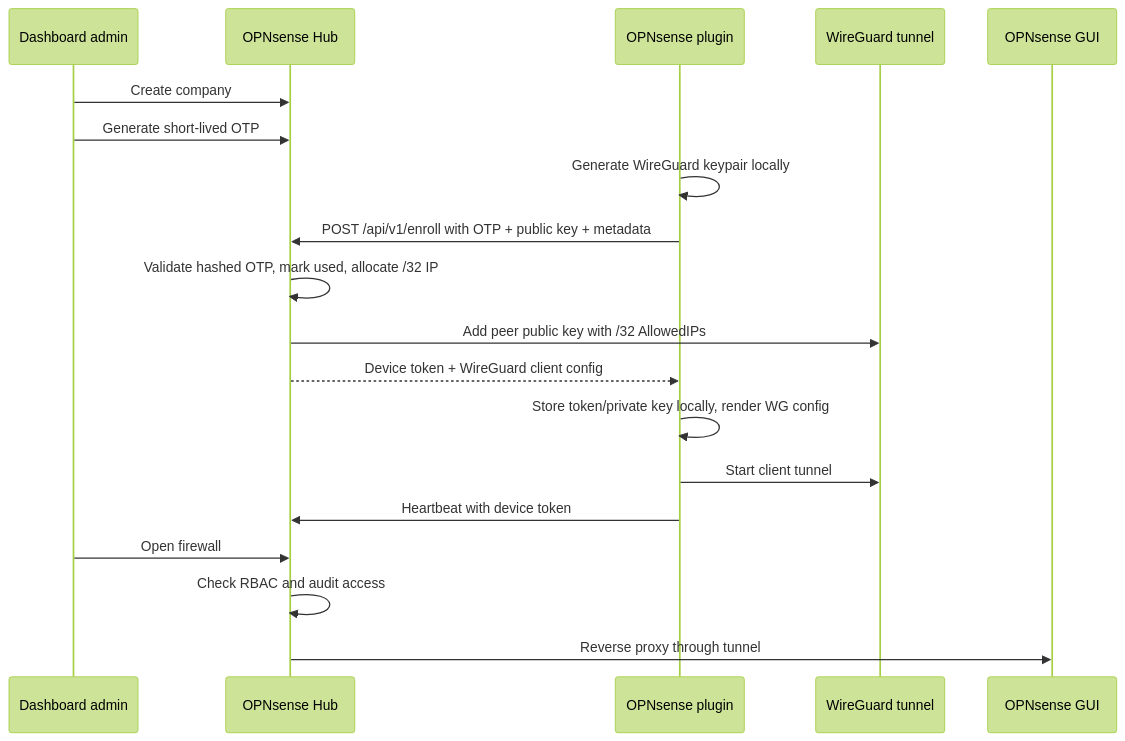
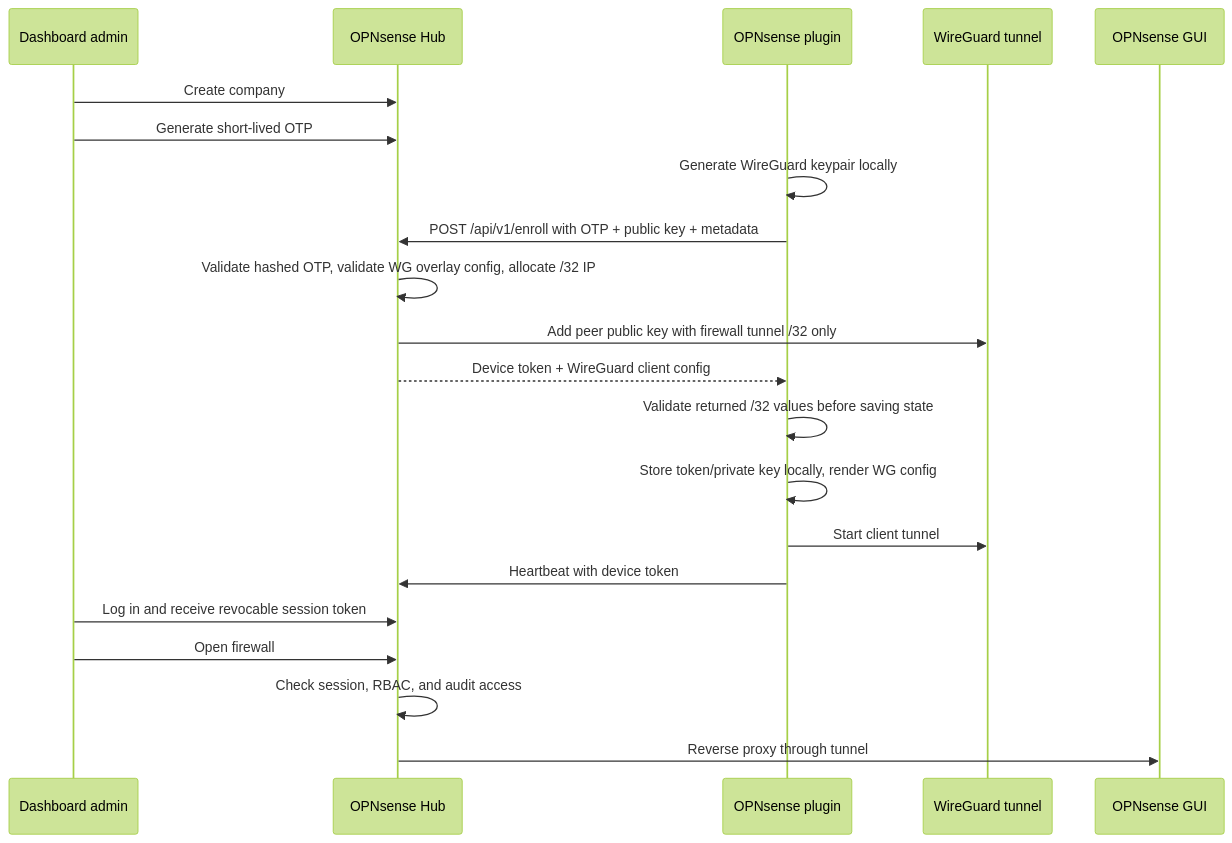
Before and after one commit to albercuba/OPNsense-Hub: the diagram in docs/architecture.md, drawn with Mermaid (forest theme). The commit also changed other lines of this file and 23 other files, not shown here.

````diff
--- a/docs/architecture.md
+++ b/docs/architecture.md
@@ -12,22 +12,24 @@
 ```mermaid
 sequenceDiagram
     participant Admin as Dashboard admin
     participant Hub as OPNsense Hub
     participant Plugin as OPNsense plugin
     participant WG as WireGuard tunnel
     participant FW as OPNsense GUI
 
     Admin->>Hub: Create company
     Admin->>Hub: Generate short-lived OTP
     Plugin->>Plugin: Generate WireGuard keypair locally
     Plugin->>Hub: POST /api/v1/enroll with OTP + public key + metadata
-    Hub->>Hub: Validate hashed OTP, mark used, allocate /32 IP
-    Hub->>WG: Add peer public key with /32 AllowedIPs
+    Hub->>Hub: Validate hashed OTP, validate WG overlay config, allocate /32 IP
+    Hub->>WG: Add peer public key with firewall tunnel /32 only
     Hub-->>Plugin: Device token + WireGuard client config
+    Plugin->>Plugin: Validate returned /32 values before saving state
     Plugin->>Plugin: Store token/private key locally, render WG config
     Plugin->>WG: Start client tunnel
     Plugin->>Hub: Heartbeat with device token
+    Admin->>Hub: Log in and receive revocable session token
     Admin->>Hub: Open firewall
-    Hub->>Hub: Check RBAC and audit access
+    Hub->>Hub: Check session, RBAC, and audit access
     Hub->>FW: Reverse proxy through tunnel
 ```
````
